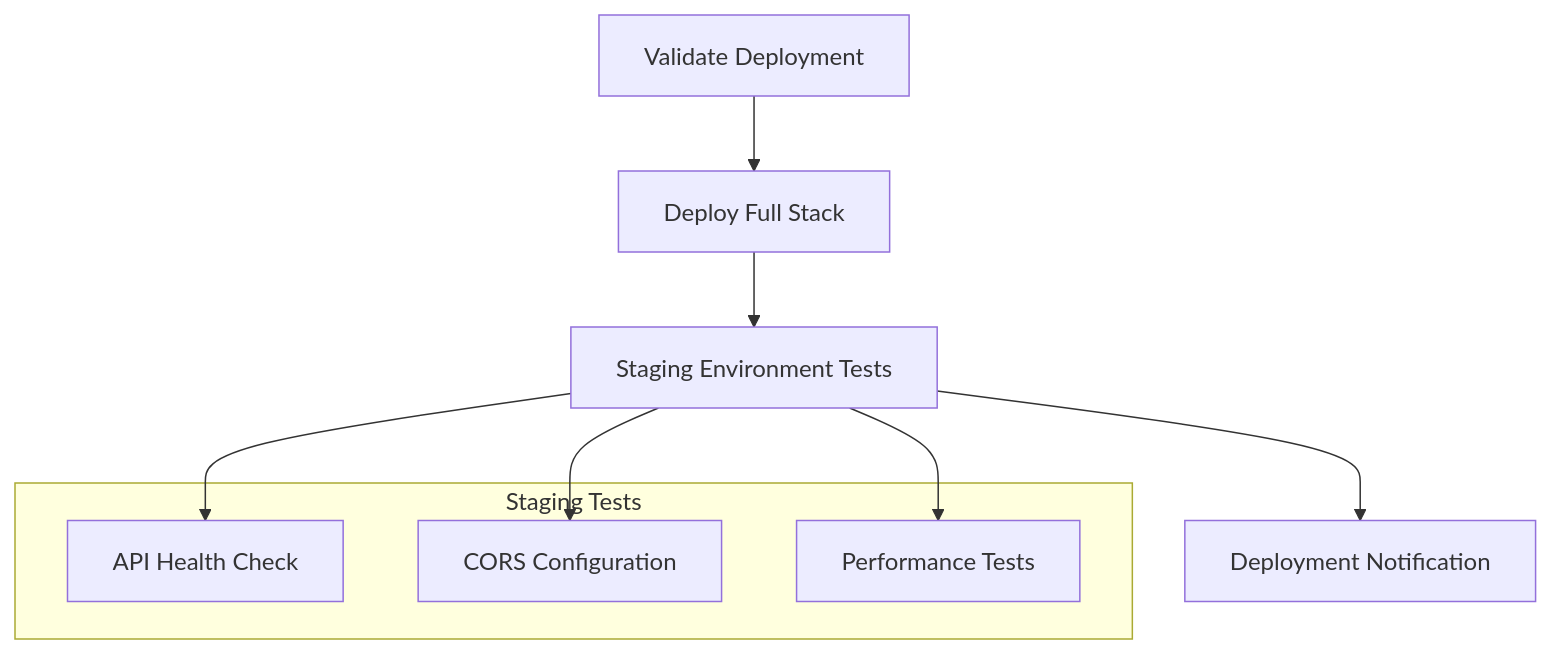
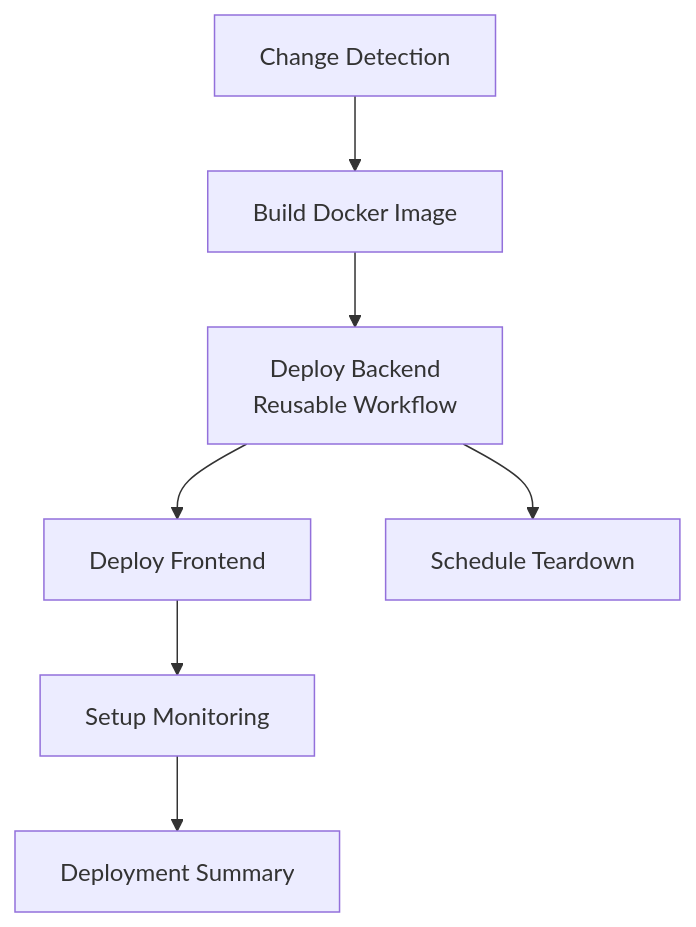
One commit to RussOakham/macro-ai changed the fifth of 10 diagrams in docs/ci-cd/github-workflows-overview.md. Above: the diagram before and after it, drawn with Mermaid. The commit also changed other lines of this file and 1 other file, not shown here.

First line of the commit message:
docs: update workflow documentation to reflect reusable deployment architecture

````diff
--- a/docs/ci-cd/github-workflows-overview.md
+++ b/docs/ci-cd/github-workflows-overview.md
@@ -441,16 +423,10 @@
 ```mermaid
 graph TB
-    VALIDATE[Validate Deployment] --> DEPLOY[Deploy Full Stack]
-    DEPLOY --> STAGING_TESTS[Staging Environment Tests]
-    STAGING_TESTS --> NOTIFY[Deployment Notification]
+    CHANGE_DETECT[Change Detection] --> BUILD_IMAGE[Build Docker Image]
+    BUILD_IMAGE --> DEPLOY_BACKEND[Deploy Backend<br/>Reusable Workflow]
+    DEPLOY_BACKEND --> DEPLOY_FRONTEND[Deploy Frontend]
+    DEPLOY_FRONTEND --> MONITORING[Setup Monitoring]
+    MONITORING --> DEPLOYMENT_SUMMARY[Deployment Summary]
 
-    subgraph "Staging Tests"
-        API_TEST[API Health Check]
-        CORS_TEST[CORS Configuration]
-        PERF_TEST[Performance Tests]
-    end
-
-    STAGING_TESTS --> API_TEST
-    STAGING_TESTS --> CORS_TEST
-    STAGING_TESTS --> PERF_TEST
+    DEPLOY_BACKEND --> TEARDOWN_SCHEDULER[Schedule Teardown]
 ```
````
